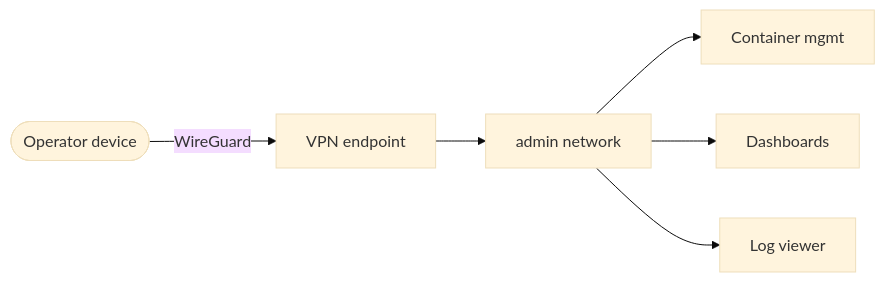
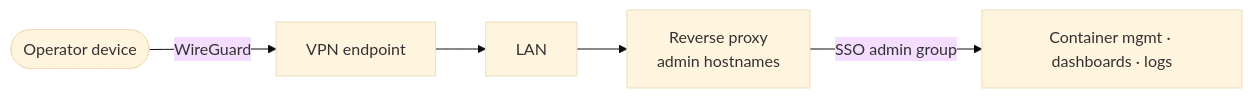
One commit to MarioLealP/homelab-platform-blueprint changed the fourth of 5 diagrams in docs/03-networking-and-access.md. Above: the diagram before and after it, drawn with Mermaid (base theme). The commit also changed other lines of this file and 13 other files, not shown here.

````diff
--- a/docs/03-networking-and-access.md
+++ b/docs/03-networking-and-access.md
@@ -67,8 +129,7 @@
 ```mermaid
 flowchart LR
     dev([Operator device]) -->|WireGuard| vpn[VPN endpoint]
-    vpn --> adminnet[admin network]
-    adminnet --> mgmt[Container mgmt]
-    adminnet --> dash[Dashboards]
-    adminnet --> logs[Log viewer]
+    vpn --> lan[LAN]
+    lan --> rp[Reverse proxy<br/>admin hostnames]
+    rp -->|SSO admin group| mgmt[Container mgmt · dashboards · logs]
 ```
````
